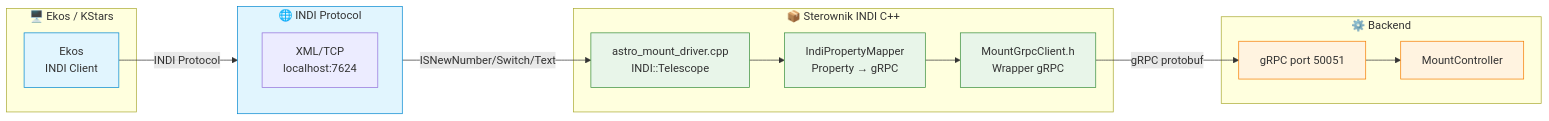
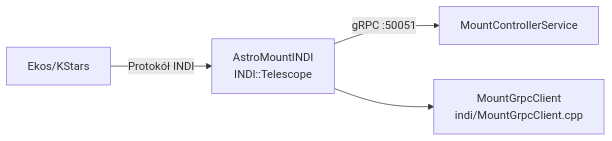
One commit to pielaszkiewicz-jacek/astro_mount_control changed the tenth of 11 diagrams in docs/pl/architecture.md. Above: the diagram before and after it, drawn with Mermaid. The commit also changed other lines of this file and 674 other files, not shown here.

````diff
--- a/docs/pl/architecture.md
+++ b/docs/pl/architecture.md
@@ -655,36 +639,6 @@
 ```mermaid
 flowchart LR
-    subgraph Client["🖥️ Ekos / KStars"]
-        EKOS["Ekos<br/>INDI Client"]
-    end
-
-    subgraph INDI_PROTO["🌐 INDI Protocol"]
-        XML["XML/TCP<br/>localhost:7624"]
-    end
-
-    subgraph Driver["📦 Sterownik INDI C++"]
-        INDIDRV["astro_mount_driver.cpp<br/>INDI::Telescope"]
-        MAPPER["IndiPropertyMapper<br/>Property → gRPC"]
-        GRPC_CLI["MountGrpcClient.h<br/>Wrapper gRPC"]
-    end
-
-    subgraph Backend["⚙️ Backend"]
-        GRPC_SRV["gRPC port 50051"]
-        MC["MountController"]
-    end
-
-    EKOS -->|"INDI Protocol"| INDI_PROTO
-    INDI_PROTO -->|"ISNewNumber/Switch/Text"| INDIDRV
-    INDIDRV --> MAPPER
-    MAPPER --> GRPC_CLI
-    GRPC_CLI -->|"gRPC protobuf"| GRPC_SRV
-    GRPC_SRV --> MC
-
-    classDef client fill:#e1f5fe,stroke:#0288d1
-    classDef driver fill:#e8f5e9,stroke:#388e3c
-    classDef backend fill:#fff3e0,stroke:#f57c00
-
-    class EKOS,INDI_PROTO client
-    class INDIDRV,MAPPER,GRPC_CLI driver
-    class GRPC_SRV,MC backend
+    EKOS["Ekos/KStars"] -->|"Protokół INDI"| TEL["AstroMountINDI<br/>INDI::Telescope"]
+    TEL -->|"gRPC :50051"| GRPC2["MountControllerService"]
+    TEL --> GRPC_CLIENT["MountGrpcClient<br/>indi/MountGrpcClient.cpp"]
 ```
````
